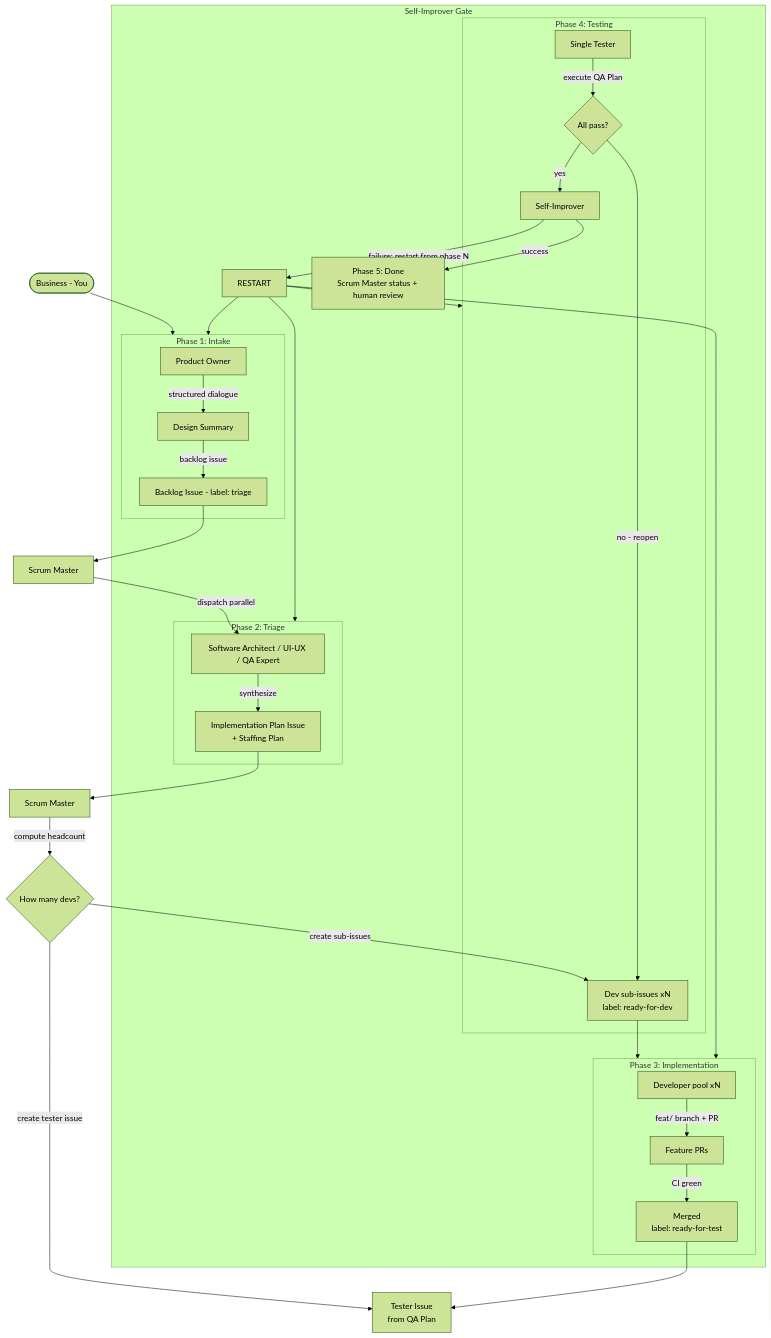
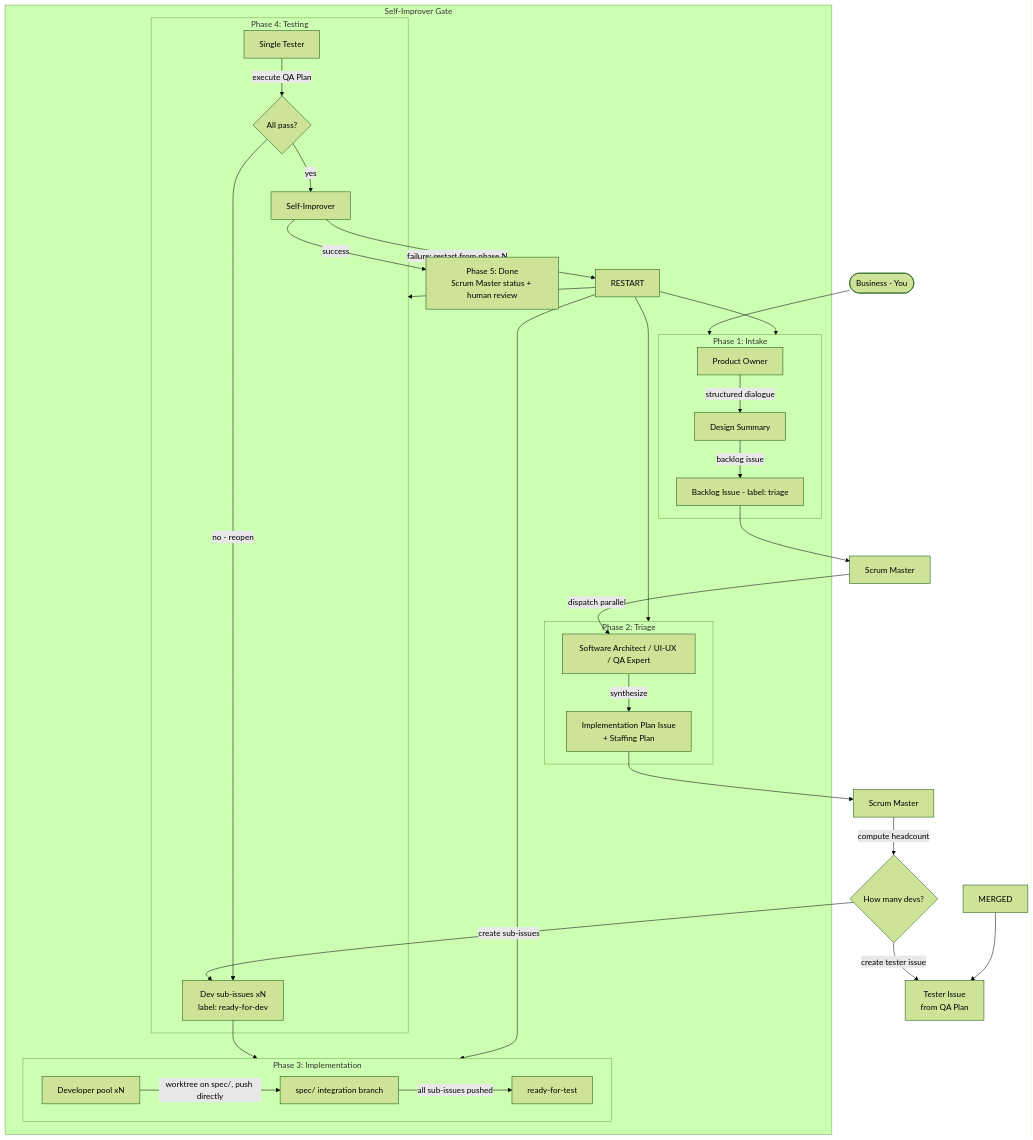
Before and after one commit to FredoAi/fredo: the diagram in docs/agentic-pipeline/03-pipeline.md, drawn with Mermaid (forest theme). The commit also changed other lines of this file and 15 other files, not shown here.

First line of the commit message:
feat(pipeline): developers work in worktrees directly on the spec branch

````diff
--- a/docs/agentic-pipeline/03-pipeline.md
+++ b/docs/agentic-pipeline/03-pipeline.md
@@ -14,49 +14,49 @@
 ```mermaid
 flowchart TD
     B([Business - You]) --> P1
 
     subgraph P1[Phase 1: Intake]
         PO[Product Owner]
         PO --> |structured dialogue| SUM[Design Summary]
         SUM --> |backlog issue| BL[Backlog Issue - label: triage]
     end
 
     BL --> SM1[Scrum Master]
     SM1 --> |dispatch parallel| TRIAGE
     subgraph P2[Phase 2: Triage]
         TRIAGE[Software Architect / UI-UX / QA Expert]
         TRIAGE --> |synthesize| IP[Implementation Plan Issue<br/>+ Staffing Plan]
     end
 
     IP --> SM2[Scrum Master]
     SM2 --> |compute headcount| HEAD{How many devs?}
     HEAD --> |create sub-issues| SUB[Dev sub-issues xN<br/>label: ready-for-dev]
     HEAD --> |create tester issue| TIS[Tester Issue<br/>from QA Plan]
 
     SUB --> P3
     subgraph P3[Phase 3: Implementation]
         DEV[Developer pool xN]
-        DEV --> |feat/ branch + PR| PR[Feature PRs]
-        PR --> |CI green| MERGED[Merged<br/>label: ready-for-test]
+        DEV --> |worktree on spec/<N>, push directly| SPEC[spec/<N> integration branch]
+        SPEC --> |all sub-issues pushed| READY[ready-for-test]
     end
 
     MERGED --> TIS
     subgraph P4[Phase 4: Testing]
         T[Single Tester]
         T --> |execute QA Plan| VERDICT{All pass?}
         VERDICT --> |no - reopen| SUB
         VERDICT --> |yes| AUDIT
     end
 
     subgraph GATE[Self-Improver Gate]
         AUDIT[Self-Improver]
         AUDIT --> |success| DONE2
         AUDIT --> |failure: restart from phase N| RESTART
         RESTART --> P1
         RESTART --> P2
         RESTART --> P3
         RESTART --> P4
     end
 
     DONE2[Phase 5: Done<br/>Scrum Master status + human review]
 ```
````
